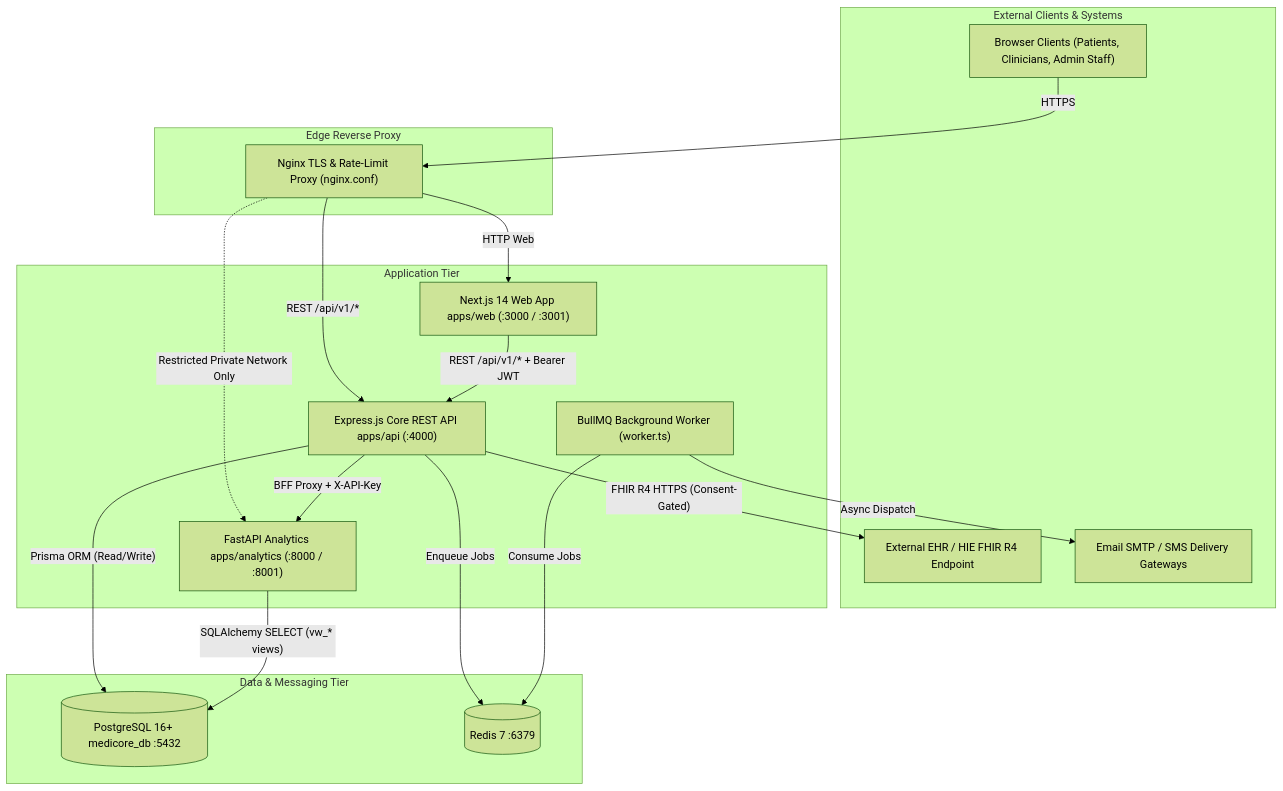
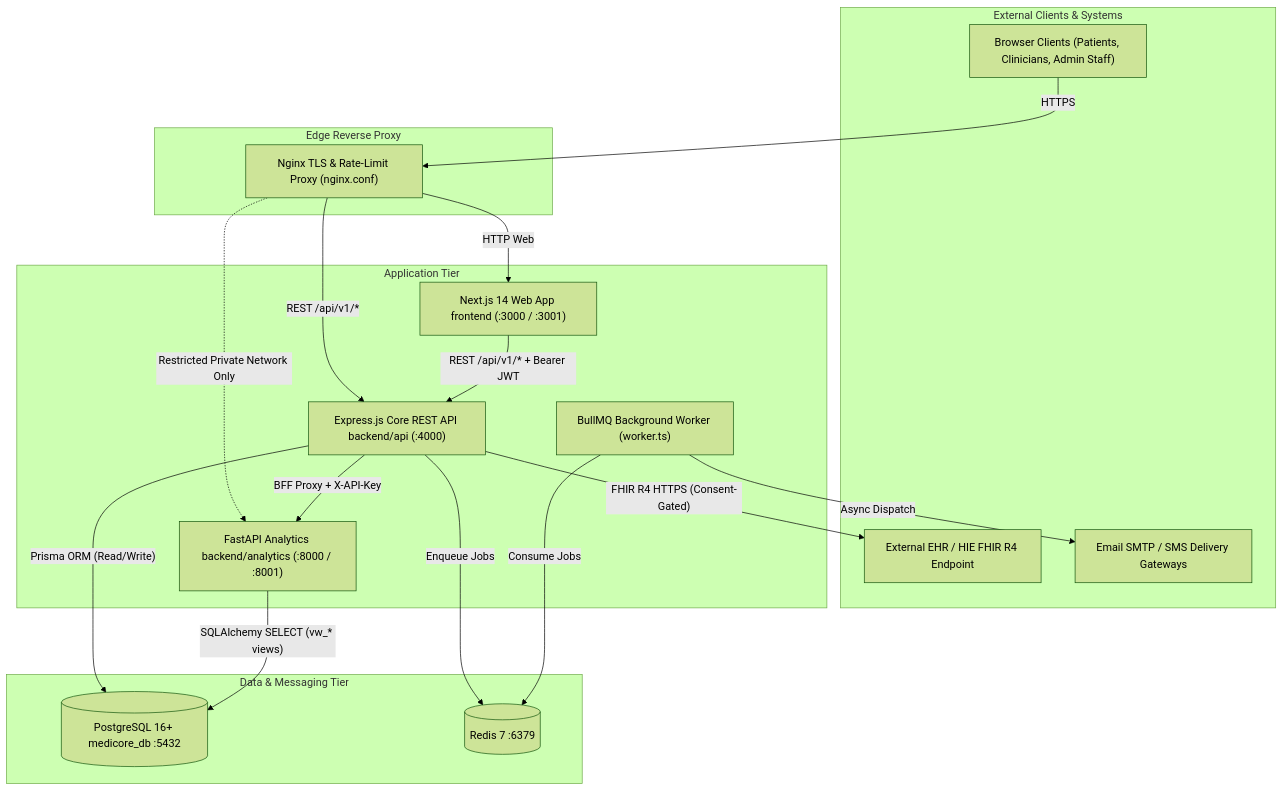
The first of 5 diagrams in docs/END_TO_END_ARCHITECTURE.md (pavan2002-veeraveni/Medicore-Hospital-management-system-), drawn with Mermaid (forest theme) before and after one commit. The commit also changed other lines of this file and 211 other files, not shown here.

Commit message:
refactor: organize monorepo into backend, frontend, and unified database directories

````diff
--- a/docs/END_TO_END_ARCHITECTURE.md
+++ b/docs/END_TO_END_ARCHITECTURE.md
@@ -87,37 +91,37 @@
 ```mermaid
 flowchart TB
     subgraph Clients["External Clients & Systems"]
         Browser["Browser Clients (Patients, Clinicians, Admin Staff)"]
         ExtFHIR["External EHR / HIE FHIR R4 Endpoint"]
         Providers["Email SMTP / SMS Delivery Gateways"]
     end
 
     subgraph Edge["Edge Reverse Proxy"]
         Nginx["Nginx TLS & Rate-Limit Proxy (nginx.conf)"]
     end
 
     subgraph Compute["Application Tier"]
-        Web["Next.js 14 Web App apps/web (:3000 / :3001)"]
-        API["Express.js Core REST API apps/api (:4000)"]
+        Web["Next.js 14 Web App frontend (:3000 / :3001)"]
+        API["Express.js Core REST API backend/api (:4000)"]
         Worker["BullMQ Background Worker (worker.ts)"]
-        Analytics["FastAPI Analytics apps/analytics (:8000 / :8001)"]
+        Analytics["FastAPI Analytics backend/analytics (:8000 / :8001)"]
     end
 
     subgraph Storage["Data & Messaging Tier"]
         PG[("PostgreSQL 16+ medicore_db :5432")]
         Redis[("Redis 7 :6379")]
     end
 
     Browser -->|"HTTPS"| Nginx
     Nginx -->|"HTTP Web"| Web
     Nginx -->|"REST /api/v1/*"| API
     Nginx -.->|"Restricted Private Network Only"| Analytics
     Web -->|"REST /api/v1/* + Bearer JWT"| API
     API -->|"BFF Proxy + X-API-Key"| Analytics
     API -->|"Prisma ORM (Read/Write)"| PG
     Analytics -->|"SQLAlchemy SELECT (vw_* views)"| PG
     API -->|"Enqueue Jobs"| Redis
     Worker -->|"Consume Jobs"| Redis
     API -->|"FHIR R4 HTTPS (Consent-Gated)"| ExtFHIR
     Worker -->|"Async Dispatch"| Providers
 ```
````
